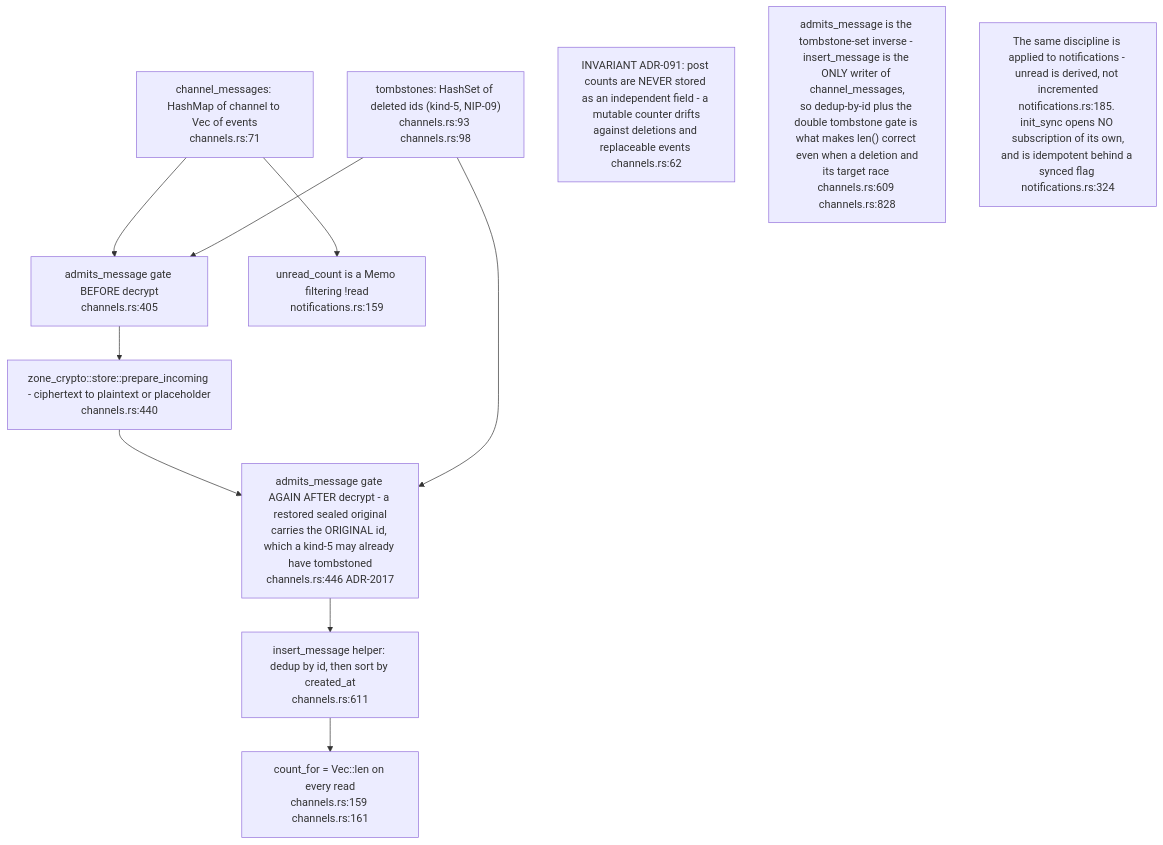
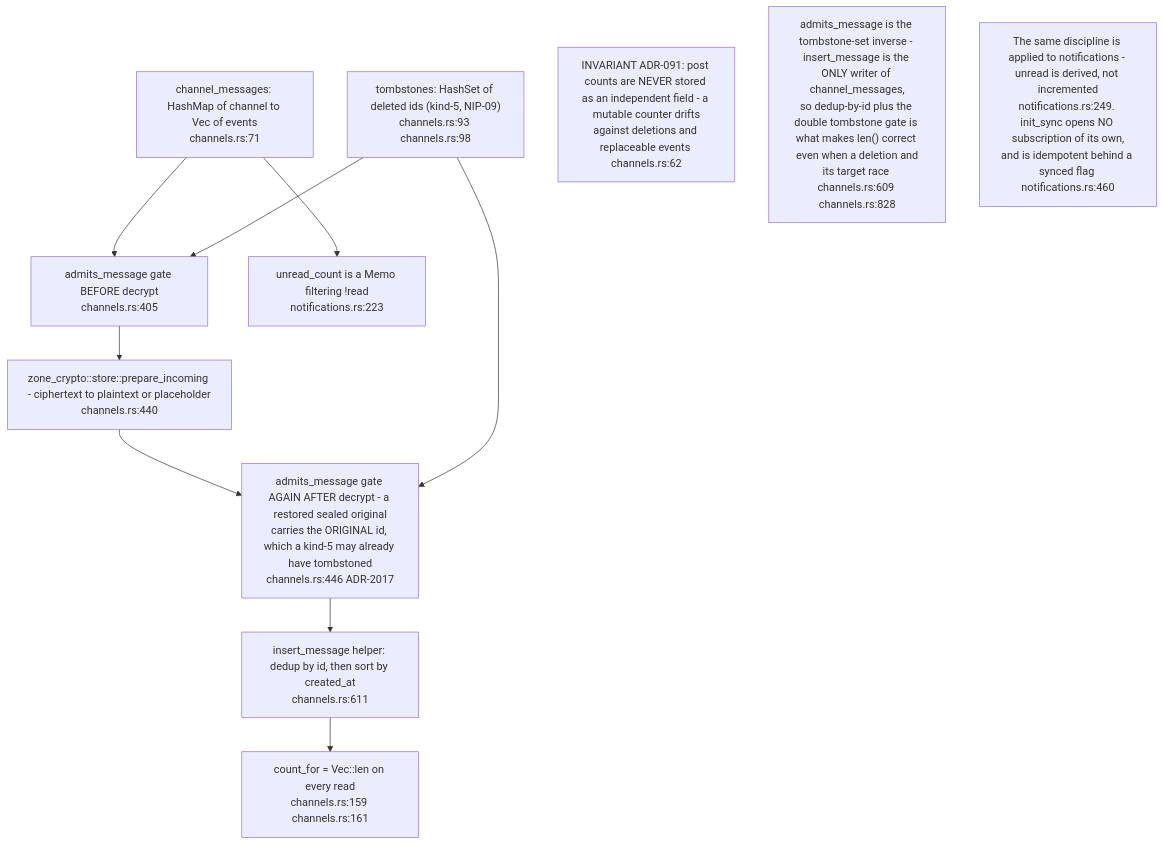
Before and after one commit to DreamLab-AI/VisionFlow: the sixth of 17 diagrams in docs/diagrams/nostr-rust-forum/05-leptos-clients-onboarding-messaging-governance.md, drawn with Mermaid. The commit also changed other lines of this file and 160 other files, not shown here.

````diff
--- a/docs/diagrams/nostr-rust-forum/05-leptos-clients-onboarding-messaging-governance.md
+++ b/docs/diagrams/nostr-rust-forum/05-leptos-clients-onboarding-messaging-governance.md
@@ -223,20 +229,20 @@
 ```mermaid
 flowchart TB
     EVS["channel_messages: HashMap of channel to Vec of events<br/>channels.rs:71"]
     TOMB["tombstones: HashSet of deleted ids (kind-5, NIP-09)<br/>channels.rs:93 channels.rs:98"]
     GATE1["admits_message gate BEFORE decrypt<br/>channels.rs:405"]
     DEC["zone_crypto::store::prepare_incoming - ciphertext to plaintext or placeholder<br/>channels.rs:440"]
     GATE2["admits_message gate AGAIN AFTER decrypt - a restored sealed original<br/>carries the ORIGINAL id, which a kind-5 may already have tombstoned<br/>channels.rs:446 ADR-2017"]
     INS["insert_message helper: dedup by id, then sort by created_at<br/>channels.rs:611"]
     CNT["count_for = Vec::len on every read<br/>channels.rs:159 channels.rs:161"]
-    UNREAD["unread_count is a Memo filtering !read<br/>notifications.rs:159"]
+    UNREAD["unread_count is a Memo filtering !read<br/>notifications.rs:223"]
 
     EVS --> GATE1 --> DEC --> GATE2 --> INS --> CNT
     TOMB --> GATE1
     TOMB --> GATE2
     EVS --> UNREAD
 
     N1["INVARIANT ADR-091: post counts are NEVER stored as an independent field - a mutable counter drifts<br/>against deletions and replaceable events channels.rs:62"]
     N2["admits_message is the tombstone-set inverse - insert_message is the ONLY writer of channel_messages,<br/>so dedup-by-id plus the double tombstone gate is what makes len() correct even when a deletion and<br/>its target race channels.rs:609 channels.rs:828"]
-    N3["The same discipline is applied to notifications - unread is derived, not incremented<br/>notifications.rs:185. init_sync opens NO subscription of its own,<br/>and is idempotent behind a synced flag notifications.rs:324"]
+    N3["The same discipline is applied to notifications - unread is derived, not incremented<br/>notifications.rs:249. init_sync opens NO subscription of its own,<br/>and is idempotent behind a synced flag notifications.rs:460"]
 ```
````
